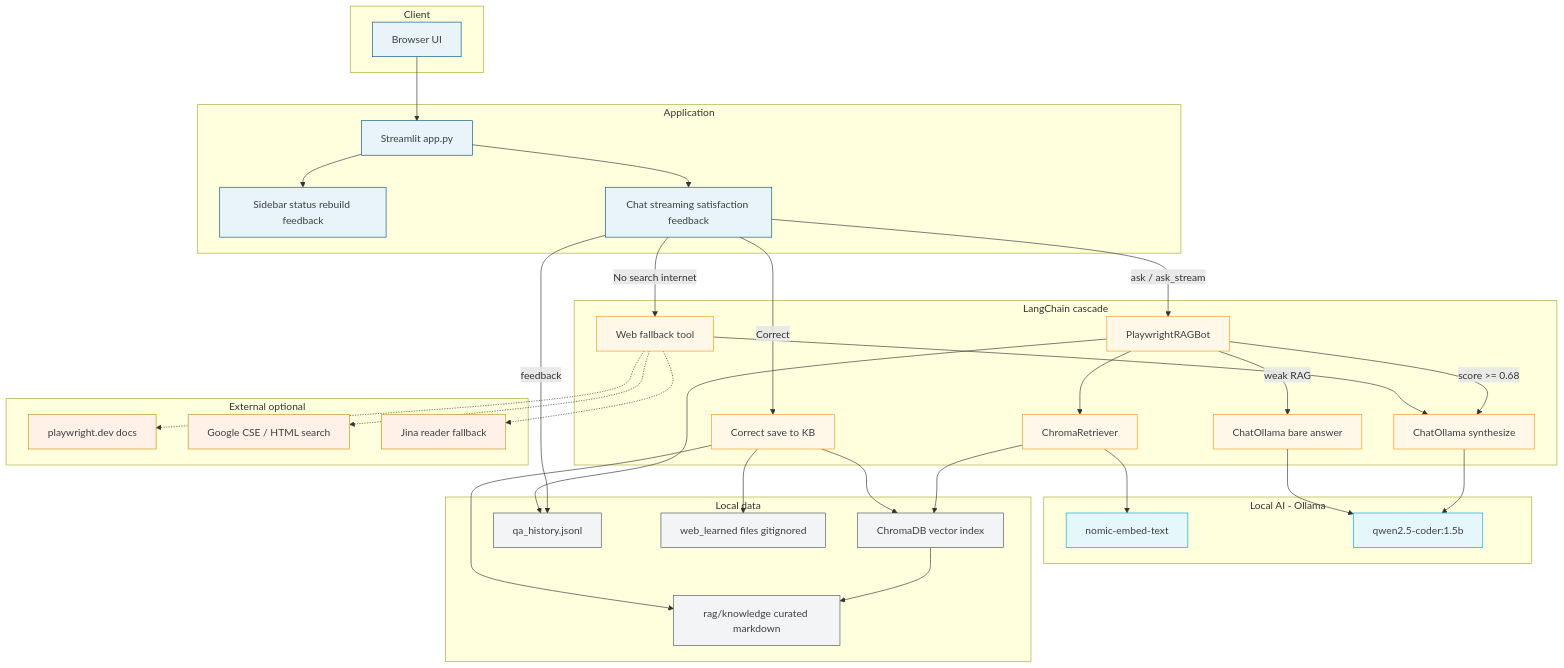
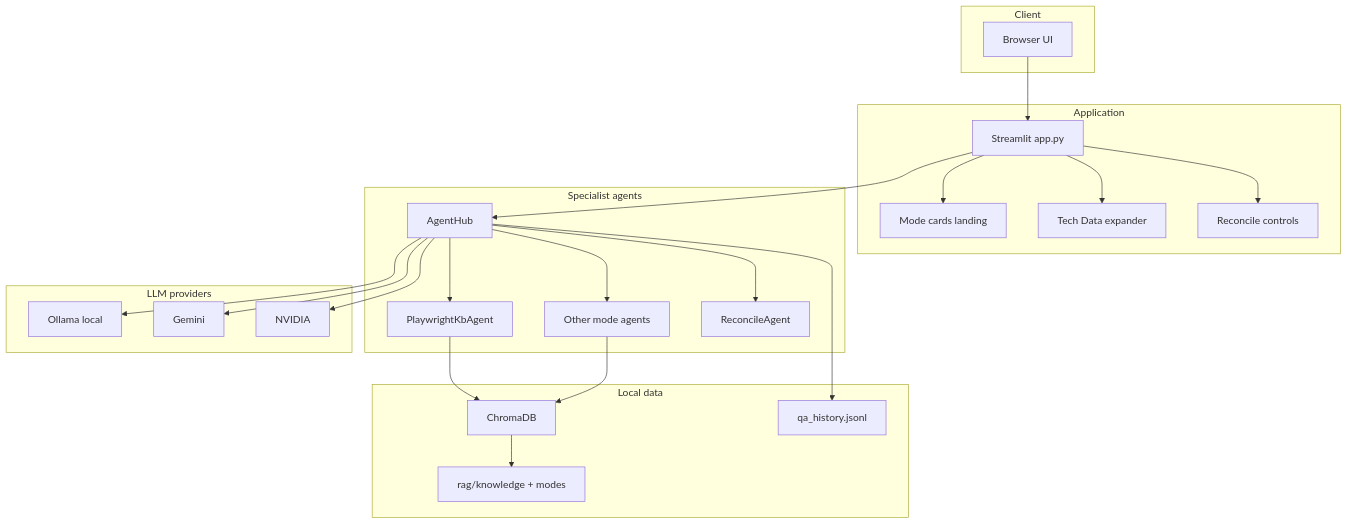
Before and after one commit to Avinash258/RagBaseSolution: the first of 2 diagrams in docs/architecture.md, drawn with Mermaid. The commit also changed other lines of this file and 28 other files, not shown here.

First line of the commit message:
Add multi-mode Testing Hub with specialist agents and AI Reconcile.

````diff
--- a/docs/architecture.md
+++ b/docs/architecture.md
@@ -12,88 +12,43 @@
 
   subgraph appLayer ["Application"]
     streamlit["Streamlit app.py"]
-    sidebar["Sidebar status rebuild feedback"]
-    chatUi["Chat streaming satisfaction feedback"]
+    modeCards["Mode cards landing"]
+    techData["Tech Data expander"]
+    reconcileUi["Reconcile controls"]
   end
 
-  subgraph pipelineLayer ["LangChain cascade"]
-    bot["PlaywrightRAGBot"]
-    retrieve["ChromaRetriever"]
-    synth["ChatOllama synthesize"]
-    bareLlm["ChatOllama bare answer"]
-    webTool["Web fallback tool"]
-    train["Correct save to KB"]
+  subgraph agentLayer ["Specialist agents"]
+    hub["AgentHub"]
+    pwAgent["PlaywrightKbAgent"]
+    otherAgents["Other mode agents"]
+    recon["ReconcileAgent"]
   end
 
-  subgraph localAi ["Local AI - Ollama"]
-    embedModel["nomic-embed-text"]
-    chatModel["qwen2.5-coder:1.5b"]
+  subgraph providers ["LLM providers"]
+    ollama["Ollama local"]
+    gemini["Gemini"]
+    nvidia["NVIDIA"]
   end
 
   subgraph dataLayer ["Local data"]
-    chroma["ChromaDB vector index"]
-    knowledge["rag/knowledge curated markdown"]
+    chroma["ChromaDB"]
+    knowledge["rag/knowledge + modes"]
     history["qa_history.jsonl"]
-    learned["web_learned files gitignored"]
-  end
-
-  subgraph externalLayer ["External optional"]
-    pwDocs["playwright.dev docs"]
-    google["Google CSE / HTML search"]
-    jina["Jina reader fallback"]
   end
 
   browser --> streamlit
-  streamlit --> sidebar
-  streamlit --> chatUi
-  chatUi -->|"ask / ask_stream"| bot
-  chatUi -->|"No search internet"| webTool
-  chatUi -->|"Correct"| train
-  chatUi -->|"feedback"| history
-
-  bot --> retrieve
-  retrieve --> embedModel
-  retrieve --> chroma
+  streamlit --> modeCards
+  streamlit --> techData
+  streamlit --> reconcileUi
+  streamlit --> hub
+  hub --> pwAgent
+  hub --> otherAgents
+  hub --> recon
+  pwAgent --> chroma
+  otherAgents --> chroma
+  hub --> ollama
+  hub --> gemini
+  hub --> nvidia
   chroma --> knowledge
-
-  bot -->|"score >= 0.68"| synth
-  bot -->|"weak RAG"| bareLlm
-  synth --> chatModel
-  bareLlm --> chatModel
-
-  webTool -.-> pwDocs
-  webTool -.-> google
-  webTool -.-> jina
-  webTool --> synth
-
-  train --> learned
-  train --> knowledge
-  train --> chroma
-  bot --> history
-
-  classDef ui fill:#E8F4FA,stroke:#005587,color:#3d3f42
-  classDef svc fill:#FFF8E8,stroke:#F8971D,color:#3d3f42
-  classDef ai fill:#E6F7FC,stroke:#00A3E0,color:#3d3f42
-  classDef data fill:#F3F4F5,stroke:#53565A,color:#3d3f42
-  classDef ext fill:#FFF0E8,stroke:#C69214,color:#3d3f42
-
-  browser:::ui
-  streamlit:::ui
-  sidebar:::ui
-  chatUi:::ui
-  bot:::svc
-  retrieve:::svc
-  synth:::svc
-  bareLlm:::svc
-  webTool:::svc
-  train:::svc
-  embedModel:::ai
-  chatModel:::ai
-  chroma:::data
-  knowledge:::data
-  history:::data
-  learned:::data
-  pwDocs:::ext
-  google:::ext
-  jina:::ext
+  hub --> history
 ```
````
